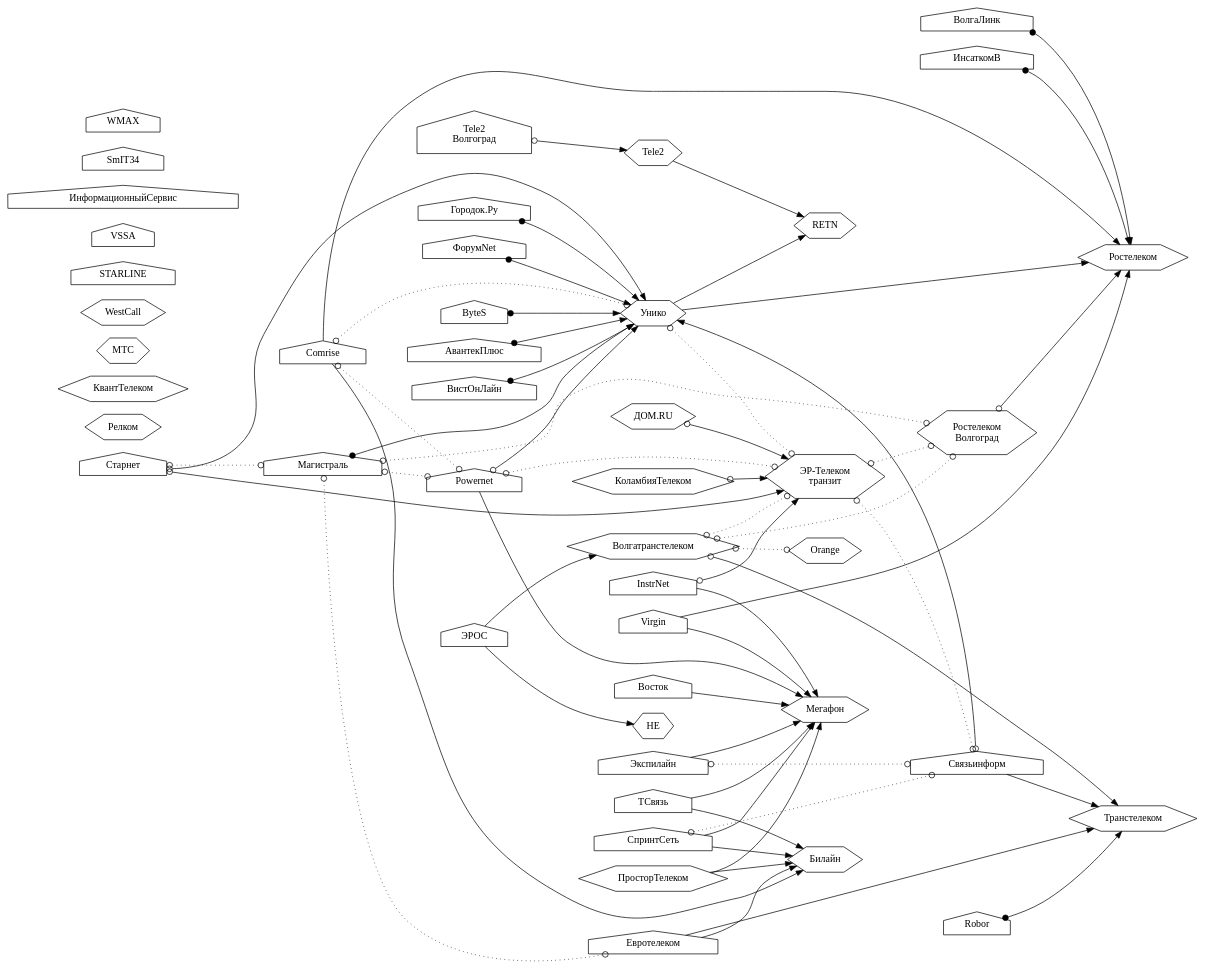
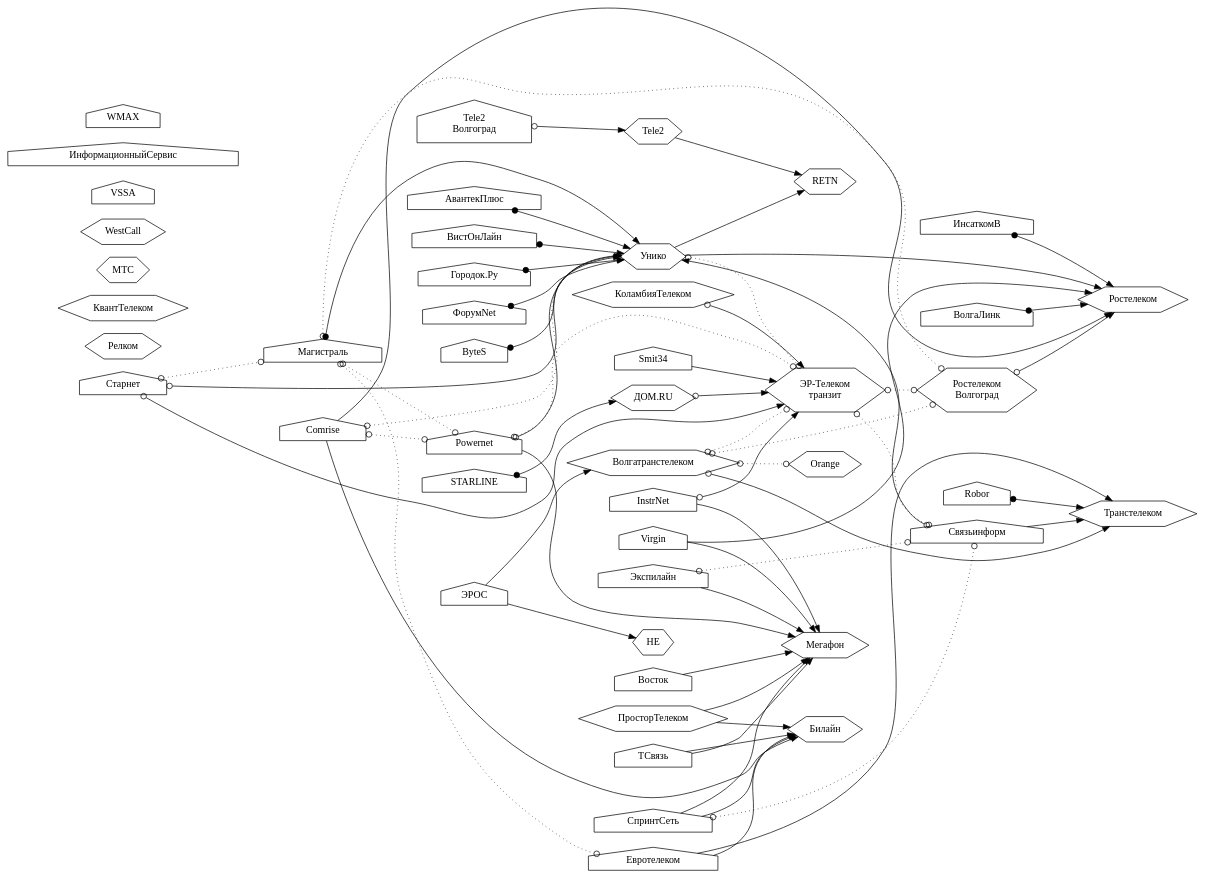
One commit to Urlandi/elsv-v.ru changed the diagram in docs/links/links.dot. Above: the diagram before and after it, drawn with Graphviz. The commit also changed 5 other files, not shown here.

Commit message:
Smit34, STARLINE

```diff
--- a/docs/links/links.dot
+++ b/docs/links/links.dot
@@ -1,158 +1,158 @@
 digraph ispgraph {
 
 rankdir = LR;
 node [shape=house;];
 
 Унико, ДомРу, ЭрТелеком, Транстелеком, Волгатранстелеком, Релком [shape=hexagon;];
 Мегафон, Вымпелком, КоламбияТелеком, Ростелеком, HE, КвантТелеком [shape=hexagon;];
 Tele2, МТС, ЮТК, Orange, ПросторТелеком, WestCall, RETN [shape=hexagon;];
 
 ДомРу [label="ДОМ.RU"];
 ЭрТелеком [label="ЭР-Телеком\nтранзит"];
 ЮТК [label="Ростелеком\nВолгоград"];
 Вымпелком [label="Билайн"];
 ГородокТочкаРу [label="Городок.Ру"];
 СМАРТС [label="Tele2\nВолгоград"];
 
 subgraph backbone {/*Собственная опорная сеть*/
 Транстелеком;
 Мегафон;
 Вымпелком;
 Ростелеком;
 HE;
 МТС;
 Orange;
 ЭрТелеком;
 WestCall;
 };
 
 subgraph Ростелеком {/*Провайдеры члены Ростелеком*/
 Ростелеком;
 ЮТК;
 };
 
 subgraph ЭрТелекомХолдинг {/*ЭР-Телеком*/
 ДомРу;
 ЭрТелеком;
 КоламбияТелеком;
 };
 
 {/*Отсутствует информация о подключении*/
-STARLINE;
 VSSA;
 ИнформационныйСервис;
-КвантТелеком;
-SmIT34;
 WMAX;
 };
 
 
 {/*Магистральные связи*/
 
 Связьинформ -> Транстелеком;
 
 Tele2 -> RETN;
 
 СпринтСеть -> Вымпелком;
 СпринтСеть -> Мегафон;
 
 Экспилайн -> Мегафон;
 
 ЭРОС -> Волгатранстелеком;
 ЭРОС -> HE;
 
 
 Comrise -> Ростелеком;
 Comrise -> Вымпелком;
 
 Powernet -> Мегафон;
 
 Евротелеком -> Транстелеком;
 Евротелеком -> Вымпелком;
 
 Virgin -> Мегафон;
 Virgin -> Ростелеком;
 
 Унико -> Ростелеком;
 Унико -> RETN;
 
 ПросторТелеком -> Вымпелком;
 ПросторТелеком -> Мегафон;
 
 InstrNet -> Мегафон;
 
 ТСвязь -> Мегафон;
 ТСвязь -> Вымпелком;
 
 Восток -> Мегафон;
 
+Smit34 -> ЭрТелеком;
+
 {/*Пиринг с магистральным оператором*/
 edge [dir=both; arrowtail=odot;];
 
 Связьинформ -> Унико;
 
 Старнет -> Унико;
 Старнет -> ЭрТелеком;
 
 Powernet -> Унико;
 
 ЮТК -> Ростелеком;
 
 Волгатранстелеком -> Транстелеком;
 
 ДомРу -> ЭрТелеком;
 КоламбияТелеком -> ЭрТелеком;
 
 InstrNet -> ЭрТелеком;
 
 СМАРТС -> Tele2;
 
 };
 
 {/*Маршрутизация на оборудовании магистрального оператора*/
 edge [dir=both; arrowtail=dot;];
 
 ВолгаЛинк -> Ростелеком;
 ИнсаткомВ -> Ростелеком;
 Магистраль -> Унико;
 ГородокТочкаРу -> Унико;
 ФорумNet -> Унико;
 ByteS -> Унико;
 АвантекПлюс -> Унико;
 Robor -> Транстелеком;
 ВистОнЛайн -> Унико;
+STARLINE -> ДомРу;
 };
 
 };
 
 {/*Пиринг*/
 
 edge [dir=both; arrowhead=odot; arrowtail=odot; style=dotted;];
 
 СпринтСеть -> Связьинформ;
 
 Старнет -> Магистраль;
 
 Экспилайн -> Связьинформ;
 
 Comrise -> Унико;
 Comrise -> Powernet;
 
 Powernet -> ЭрТелеком;
 
 Магистраль -> Powernet;
 Магистраль -> ЮТК;
 Магистраль -> Евротелеком;
 
 Унико -> ЭрТелеком;
 
 Волгатранстелеком -> ЮТК;
 Волгатранстелеком -> ЭрТелеком;
 Волгатранстелеком -> Orange;
 
 ЭрТелеком -> ЮТК;
 ЭрТелеком -> Связьинформ;
 
 };
 
 }
```
